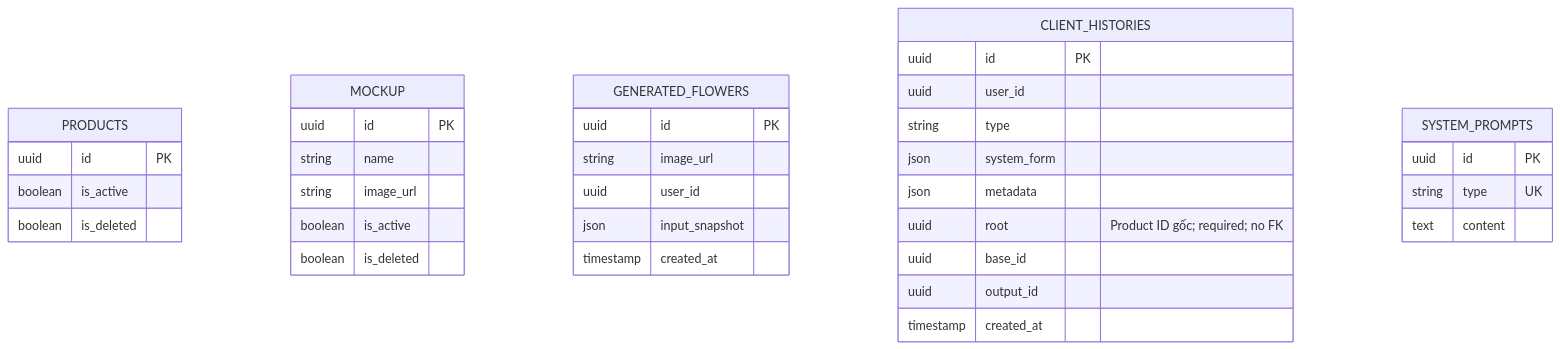
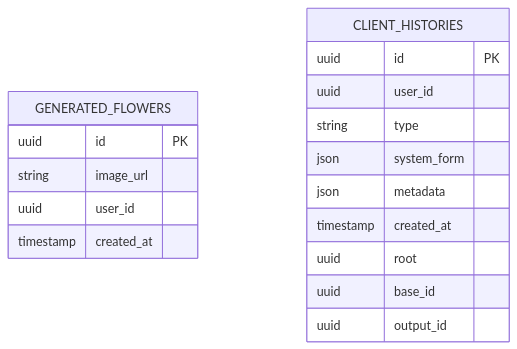
One commit to TaskCoper/hoatheomua-be changed the fifth of 5 diagrams in HoaTheoMua.Repository/docs/tdd/TDD-016/TDD-016-tao-yeu-cau-va-mau-hoa-ai.md. Above: the diagram before and after it, drawn with Mermaid. The commit also changed other lines of this file and 214 other files, not shown here.

````diff
--- a/HoaTheoMua.Repository/docs/tdd/TDD-016/TDD-016-tao-yeu-cau-va-mau-hoa-ai.md
+++ b/HoaTheoMua.Repository/docs/tdd/TDD-016/TDD-016-tao-yeu-cau-va-mau-hoa-ai.md
@@ -166,42 +192,21 @@
 ```mermaid
 erDiagram
-    PRODUCTS {
-        uuid id PK
-        boolean is_active
-        boolean is_deleted
-    }
-
-    MOCKUP {
-        uuid id PK
-        string name
-        string image_url
-        boolean is_active
-        boolean is_deleted
-    }
-
     GENERATED_FLOWERS {
         uuid id PK
         string image_url
         uuid user_id
-        json input_snapshot
         timestamp created_at
     }
 
     CLIENT_HISTORIES {
         uuid id PK
         uuid user_id
         string type
         json system_form
         json metadata
-        uuid root "Product ID gốc; required; no FK"
+        timestamp created_at
+        uuid root
         uuid base_id
         uuid output_id
-        timestamp created_at
-    }
-
-    SYSTEM_PROMPTS {
-        uuid id PK
-        string type UK
-        text content
     }
 ```
````
